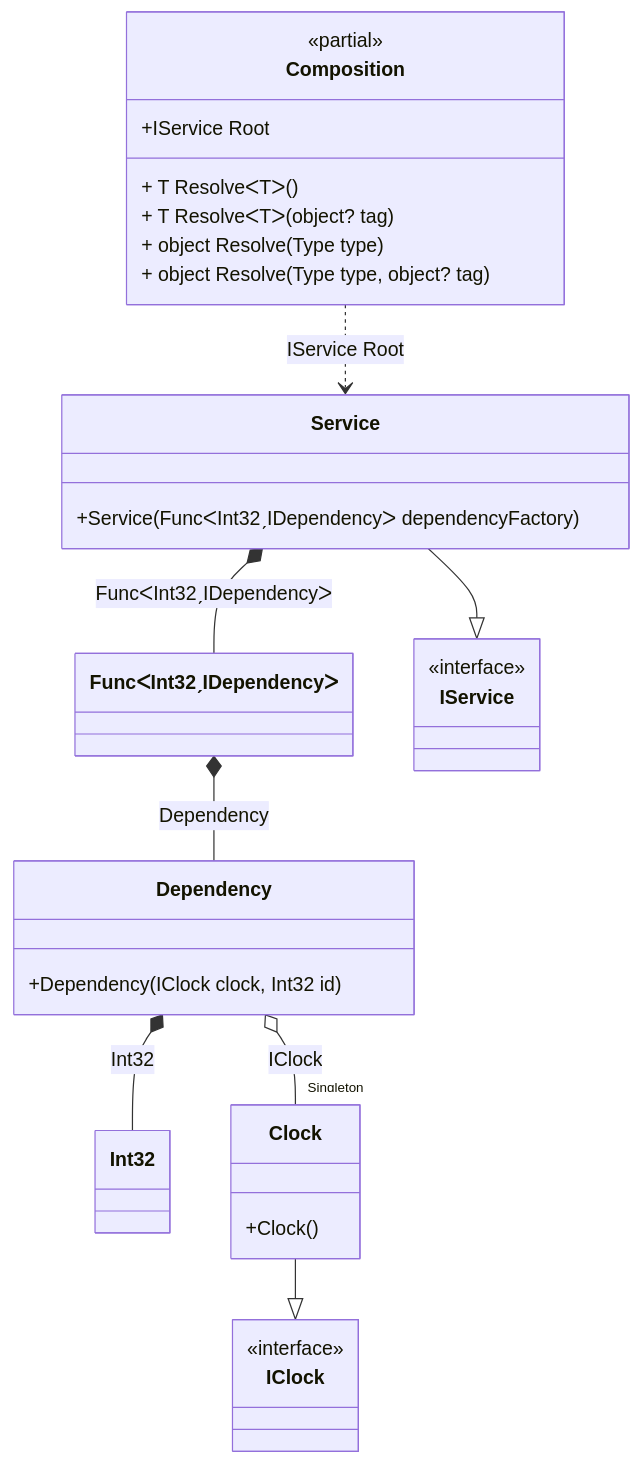
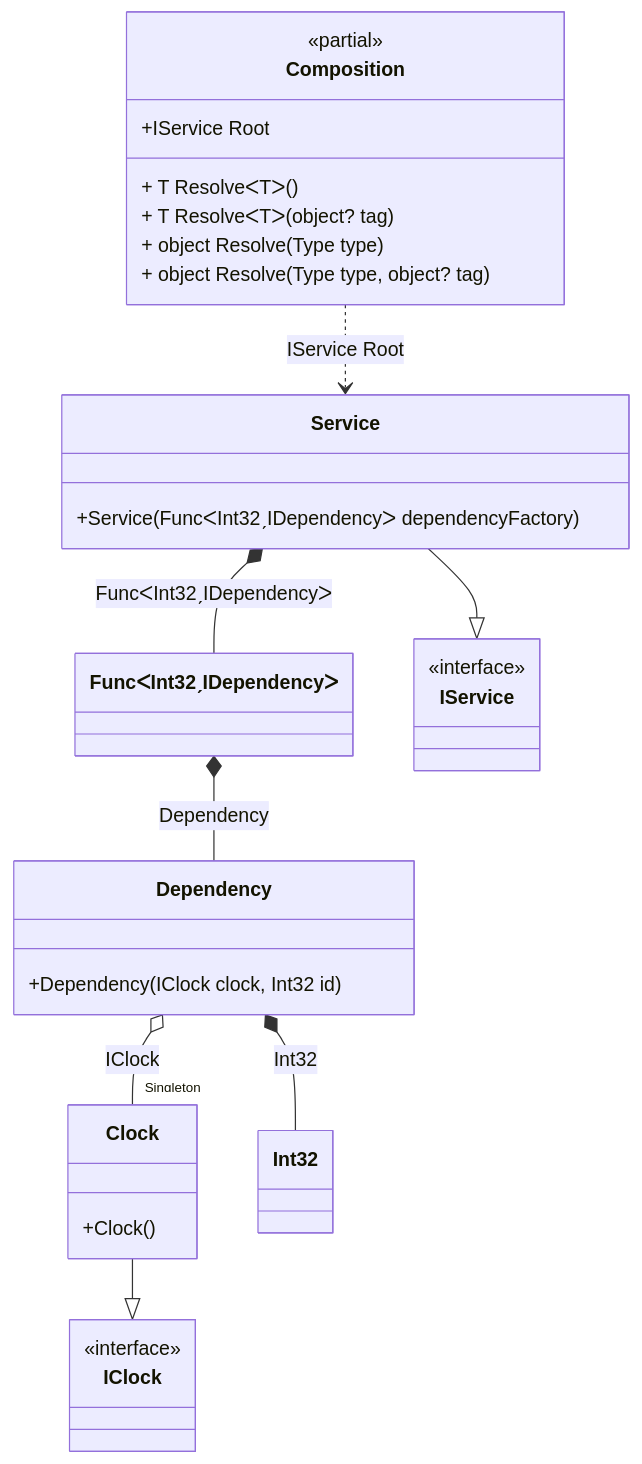
The diagram in readme/func-with-arguments.md (DevTeam/Pure.DI), drawn with Mermaid before and after one commit. The commit also changed other lines of this file and 90 other files, not shown here.

````diff
--- a/readme/func-with-arguments.md
+++ b/readme/func-with-arguments.md
@@ -235,35 +235,35 @@
 ```mermaid
 classDiagram
 	class Composition {
 		<<partial>>
 		+IService Root
 		+ T ResolveᐸTᐳ()
 		+ T ResolveᐸTᐳ(object? tag)
 		+ object Resolve(Type type)
 		+ object Resolve(Type type, object? tag)
 	}
 	class Dependency {
 		+Dependency(IClock clock, Int32 id)
 	}
-	class Int32
-	class FuncᐸInt32ˏIDependencyᐳ
 	Clock --|> IClock
 	class Clock {
 		+Clock()
 	}
+	class Int32
+	class FuncᐸInt32ˏIDependencyᐳ
 	Service --|> IService
 	class Service {
 		+Service(FuncᐸInt32ˏIDependencyᐳ dependencyFactory)
 	}
 	class IClock {
 		<<interface>>
 	}
 	class IService {
 		<<interface>>
 	}
 	Dependency o-- "Singleton" Clock : IClock
 	Dependency *--  Int32 : Int32
+	Composition ..> Service : IService Root
 	FuncᐸInt32ˏIDependencyᐳ *--  Dependency : Dependency
 	Service *--  FuncᐸInt32ˏIDependencyᐳ : FuncᐸInt32ˏIDependencyᐳ
-	Composition ..> Service : IService Root
 ```
````
